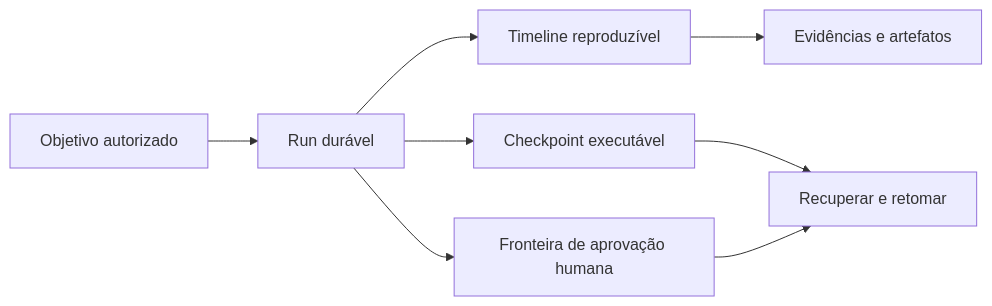
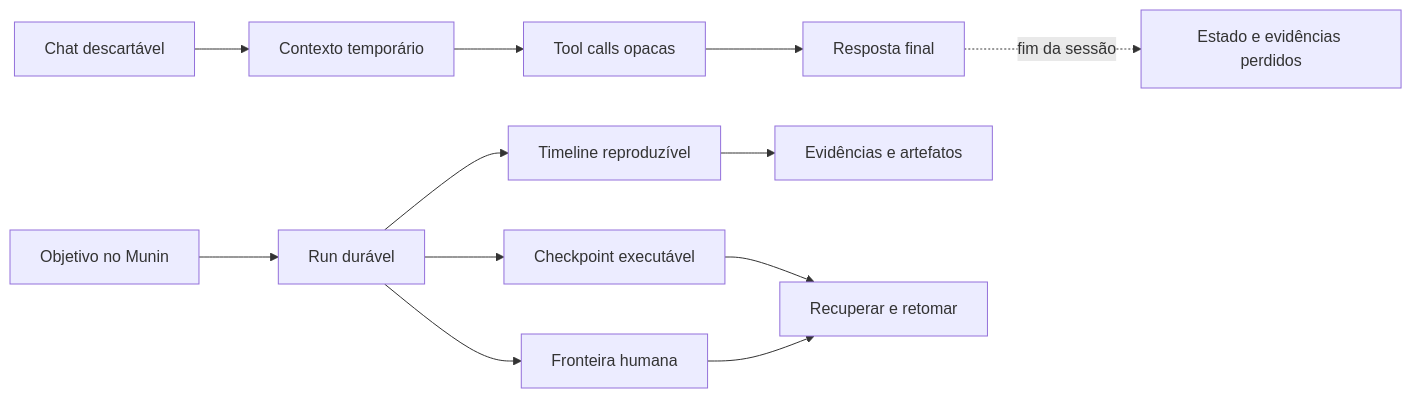
Before and after one commit to PrinceOfPwn/Munin: the second of 5 diagrams in README.pt-BR.md, drawn with Mermaid. The commit also changed other lines of this file, not shown here.

````diff
--- a/README.pt-BR.md
+++ b/README.pt-BR.md
@@ -34,10 +68,15 @@
 ```mermaid
 flowchart LR
-    Objetivo[Objetivo autorizado] --> Run[Run durável]
-    Run --> Eventos[Timeline reproduzível]
-    Run --> Aprovacao[Fronteira de aprovação humana]
+    Chat[Chat descartável] --> Temporario[Contexto temporário]
+    Temporario --> Opaco[Tool calls opacas]
+    Opaco --> Resposta[Resposta final]
+    Resposta -. fim da sessão .-> Perdido[Estado e evidências perdidos]
+
+    Objetivo[Objetivo no Munin] --> Run[Run durável]
+    Run --> Timeline[Timeline reproduzível]
+    Run --> Aprovacao[Fronteira humana]
     Run --> Checkpoint[Checkpoint executável]
-    Eventos --> Evidencia[Evidências e artefatos]
+    Timeline --> Evidencia[Evidências e artefatos]
     Checkpoint --> Retomar[Recuperar e retomar]
     Aprovacao --> Retomar
 ```
````
